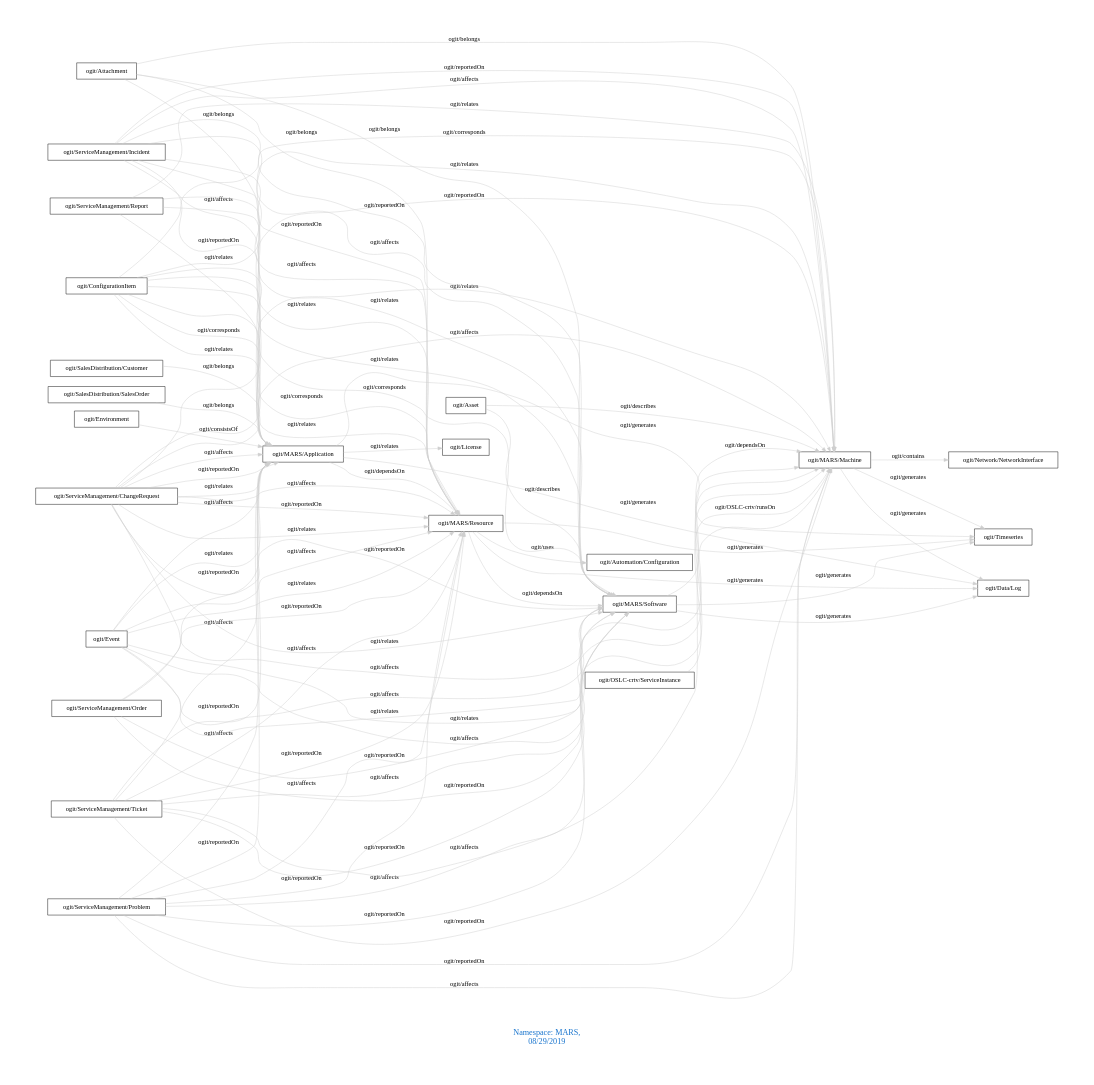
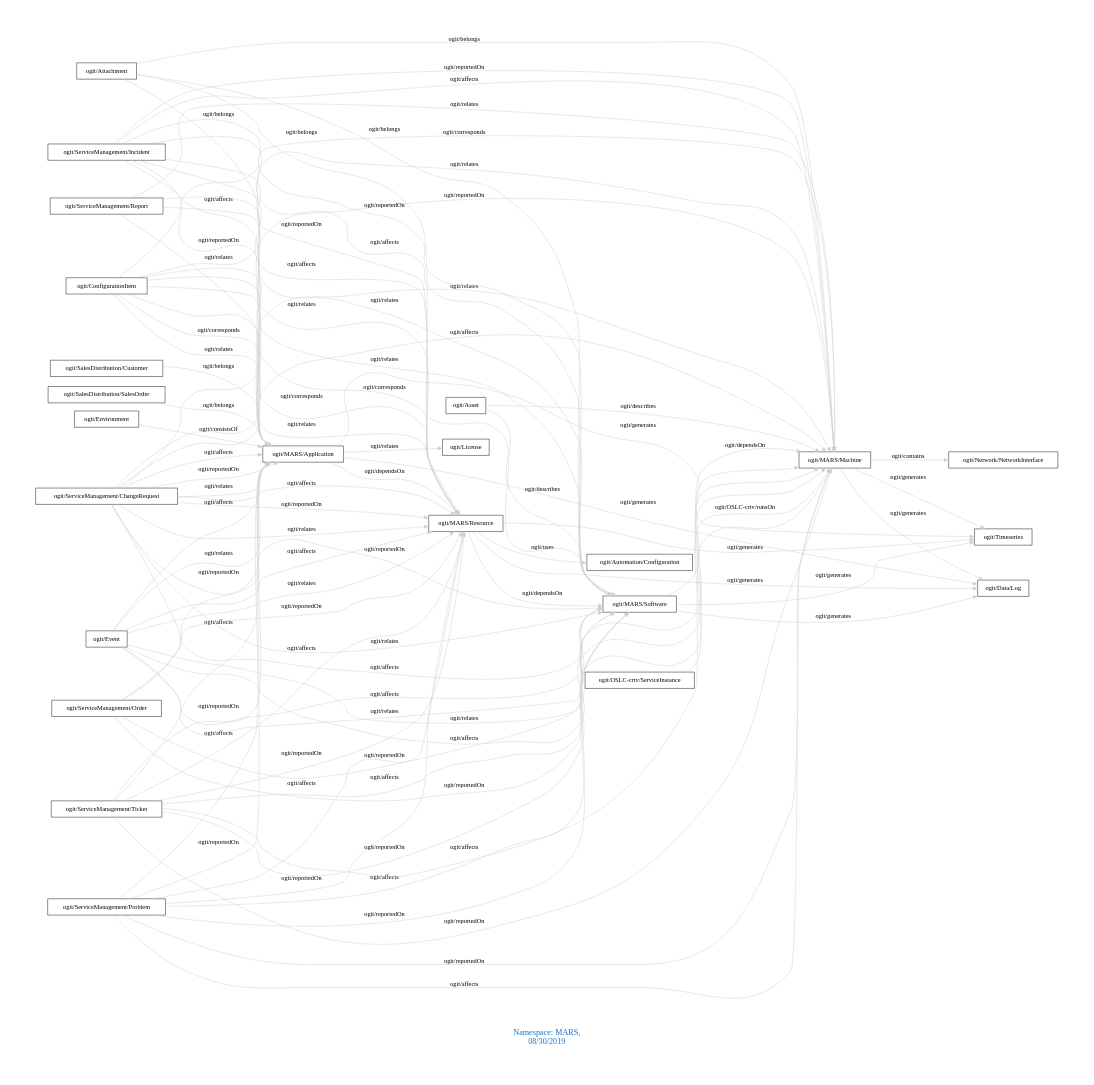
The diagram in downloads/MARS.dot (arago/OGIT), drawn with Graphviz before and after one commit. The commit also changed 1500 other files, not shown here.

```diff
--- a/downloads/MARS.dot
+++ b/downloads/MARS.dot
@@ -1,92 +1,92 @@
 digraph OGIT_ontology {
  graph [ rankdir= LR,pad=1 
 fontsize = 18,
-fontcolor= dodgerblue3,label = "\n\n\nNamespace: MARS, \n 08/29/2019"];
+fontcolor= dodgerblue3,label = "\n\n\nNamespace: MARS, \n 08/30/2019"];
 node[shape=polygon];
 edge [  color="gray81"];
 
    "ogit/MARS/Machine" -> "ogit/Network/NetworkInterface" [label="   ogit/contains    "];
    "ogit/MARS/Application" -> "ogit/Data/Log" [label="   ogit/generates    "];
    "ogit/MARS/Application" -> "ogit/Timeseries" [label="   ogit/generates    "];
    "ogit/MARS/Machine" -> "ogit/Data/Log" [label="   ogit/generates    "];
    "ogit/MARS/Machine" -> "ogit/Timeseries" [label="   ogit/generates    "];
    "ogit/MARS/Resource" -> "ogit/Data/Log" [label="   ogit/generates    "];
    "ogit/MARS/Resource" -> "ogit/Timeseries" [label="   ogit/generates    "];
    "ogit/MARS/Software" -> "ogit/Data/Log" [label="   ogit/generates    "];
    "ogit/MARS/Software" -> "ogit/Timeseries" [label="   ogit/generates    "];
    "ogit/Asset" -> "ogit/MARS/Software" [label="   ogit/describes    "];
    "ogit/Asset" -> "ogit/MARS/Machine" [label="   ogit/describes    "];
    "ogit/ConfigurationItem" -> "ogit/MARS/Application" [label="   ogit/corresponds    "];
    "ogit/ConfigurationItem" -> "ogit/MARS/Resource" [label="   ogit/corresponds    "];
    "ogit/ConfigurationItem" -> "ogit/MARS/Software" [label="   ogit/corresponds    "];
    "ogit/ConfigurationItem" -> "ogit/MARS/Machine" [label="   ogit/corresponds    "];
    "ogit/ServiceManagement/ChangeRequest" -> "ogit/MARS/Application" [label="   ogit/affects    "];
    "ogit/ServiceManagement/ChangeRequest" -> "ogit/MARS/Resource" [label="   ogit/affects    "];
    "ogit/ServiceManagement/ChangeRequest" -> "ogit/MARS/Software" [label="   ogit/affects    "];
    "ogit/ServiceManagement/ChangeRequest" -> "ogit/MARS/Machine" [label="   ogit/affects    "];
    "ogit/ServiceManagement/Incident" -> "ogit/MARS/Application" [label="   ogit/affects    "];
    "ogit/ServiceManagement/Incident" -> "ogit/MARS/Resource" [label="   ogit/affects    "];
    "ogit/ServiceManagement/Incident" -> "ogit/MARS/Software" [label="   ogit/affects    "];
    "ogit/ServiceManagement/Incident" -> "ogit/MARS/Machine" [label="   ogit/affects    "];
    "ogit/ServiceManagement/Problem" -> "ogit/MARS/Application" [label="   ogit/affects    "];
    "ogit/ServiceManagement/Problem" -> "ogit/MARS/Resource" [label="   ogit/affects    "];
    "ogit/ServiceManagement/Problem" -> "ogit/MARS/Software" [label="   ogit/affects    "];
    "ogit/ServiceManagement/Problem" -> "ogit/MARS/Machine" [label="   ogit/affects    "];
    "ogit/ServiceManagement/Ticket" -> "ogit/MARS/Application" [label="   ogit/affects    "];
    "ogit/ServiceManagement/Ticket" -> "ogit/MARS/Resource" [label="   ogit/affects    "];
    "ogit/ServiceManagement/Ticket" -> "ogit/MARS/Software" [label="   ogit/affects    "];
    "ogit/ServiceManagement/Ticket" -> "ogit/MARS/Machine" [label="   ogit/affects    "];
    "ogit/Event" -> "ogit/MARS/Application" [label="   ogit/affects    "];
    "ogit/Event" -> "ogit/MARS/Resource" [label="   ogit/affects    "];
    "ogit/Event" -> "ogit/MARS/Software" [label="   ogit/affects    "];
    "ogit/Event" -> "ogit/MARS/Machine" [label="   ogit/affects    "];
    "ogit/OSLC-crtv/ServiceInstance" -> "ogit/MARS/Machine" [label="   ogit/OSLC-crtv/runsOn    "];
    "ogit/MARS/Application" -> "ogit/MARS/Resource" [label="   ogit/dependsOn    "];
    "ogit/MARS/Resource" -> "ogit/MARS/Software" [label="   ogit/dependsOn    "];
    "ogit/MARS/Software" -> "ogit/MARS/Machine" [label="   ogit/dependsOn    "];
    "ogit/SalesDistribution/Customer" -> "ogit/MARS/Application" [label="   ogit/belongs    "];
    "ogit/SalesDistribution/SalesOrder" -> "ogit/MARS/Application" [label="   ogit/belongs    "];
    "ogit/Attachment" -> "ogit/MARS/Machine" [label="   ogit/belongs    "];
    "ogit/Attachment" -> "ogit/MARS/Software" [label="   ogit/belongs    "];
    "ogit/Attachment" -> "ogit/MARS/Resource" [label="   ogit/belongs    "];
    "ogit/Attachment" -> "ogit/MARS/Application" [label="   ogit/belongs    "];
    "ogit/MARS/Resource" -> "ogit/Automation/Configuration" [label="   ogit/uses    "];
    "ogit/ServiceManagement/ChangeRequest" -> "ogit/MARS/Machine" [label="   ogit/reportedOn    "];
    "ogit/ServiceManagement/ChangeRequest" -> "ogit/MARS/Software" [label="   ogit/reportedOn    "];
    "ogit/ServiceManagement/ChangeRequest" -> "ogit/MARS/Resource" [label="   ogit/reportedOn    "];
    "ogit/ServiceManagement/ChangeRequest" -> "ogit/MARS/Application" [label="   ogit/reportedOn    "];
    "ogit/ServiceManagement/Incident" -> "ogit/MARS/Machine" [label="   ogit/reportedOn    "];
    "ogit/ServiceManagement/Incident" -> "ogit/MARS/Software" [label="   ogit/reportedOn    "];
    "ogit/ServiceManagement/Incident" -> "ogit/MARS/Resource" [label="   ogit/reportedOn    "];
    "ogit/ServiceManagement/Incident" -> "ogit/MARS/Application" [label="   ogit/reportedOn    "];
    "ogit/ServiceManagement/Order" -> "ogit/MARS/Machine" [label="   ogit/reportedOn    "];
    "ogit/ServiceManagement/Order" -> "ogit/MARS/Software" [label="   ogit/reportedOn    "];
    "ogit/ServiceManagement/Order" -> "ogit/MARS/Resource" [label="   ogit/reportedOn    "];
    "ogit/ServiceManagement/Order" -> "ogit/MARS/Application" [label="   ogit/reportedOn    "];
    "ogit/ServiceManagement/Problem" -> "ogit/MARS/Machine" [label="   ogit/reportedOn    "];
    "ogit/ServiceManagement/Problem" -> "ogit/MARS/Software" [label="   ogit/reportedOn    "];
    "ogit/ServiceManagement/Problem" -> "ogit/MARS/Resource" [label="   ogit/reportedOn    "];
    "ogit/ServiceManagement/Problem" -> "ogit/MARS/Application" [label="   ogit/reportedOn    "];
    "ogit/ServiceManagement/Ticket" -> "ogit/MARS/Machine" [label="   ogit/reportedOn    "];
    "ogit/ServiceManagement/Ticket" -> "ogit/MARS/Software" [label="   ogit/reportedOn    "];
    "ogit/ServiceManagement/Ticket" -> "ogit/MARS/Resource" [label="   ogit/reportedOn    "];
    "ogit/ServiceManagement/Ticket" -> "ogit/MARS/Application" [label="   ogit/reportedOn    "];
    "ogit/Environment" -> "ogit/MARS/Application" [label="   ogit/consistsOf    "];
    "ogit/MARS/Application" -> "ogit/License" [label="   ogit/relates    "];
    "ogit/ServiceManagement/ChangeRequest" -> "ogit/MARS/Machine" [label="   ogit/relates    "];
    "ogit/ServiceManagement/ChangeRequest" -> "ogit/MARS/Software" [label="   ogit/relates    "];
    "ogit/ServiceManagement/ChangeRequest" -> "ogit/MARS/Resource" [label="   ogit/relates    "];
    "ogit/ServiceManagement/ChangeRequest" -> "ogit/MARS/Application" [label="   ogit/relates    "];
    "ogit/ServiceManagement/Report" -> "ogit/MARS/Machine" [label="   ogit/relates    "];
    "ogit/ServiceManagement/Report" -> "ogit/MARS/Software" [label="   ogit/relates    "];
    "ogit/ServiceManagement/Report" -> "ogit/MARS/Resource" [label="   ogit/relates    "];
    "ogit/ServiceManagement/Report" -> "ogit/MARS/Application" [label="   ogit/relates    "];
    "ogit/ConfigurationItem" -> "ogit/MARS/Machine" [label="   ogit/relates    "];
    "ogit/ConfigurationItem" -> "ogit/MARS/Software" [label="   ogit/relates    "];
    "ogit/ConfigurationItem" -> "ogit/MARS/Resource" [label="   ogit/relates    "];
    "ogit/ConfigurationItem" -> "ogit/MARS/Application" [label="   ogit/relates    "];
    "ogit/Event" -> "ogit/MARS/Machine" [label="   ogit/relates    "];
    "ogit/Event" -> "ogit/MARS/Software" [label="   ogit/relates    "];
    "ogit/Event" -> "ogit/MARS/Resource" [label="   ogit/relates    "];
    "ogit/Event" -> "ogit/MARS/Application" [label="   ogit/relates    "];
 }
```
